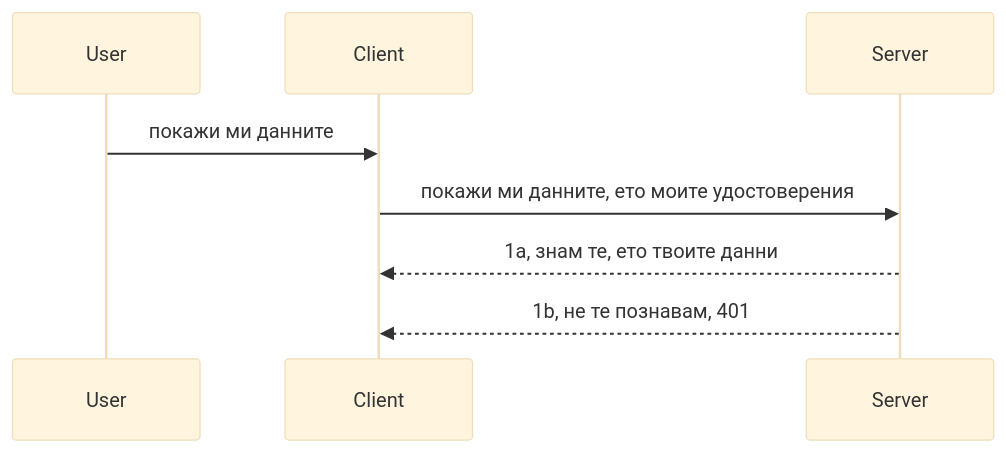
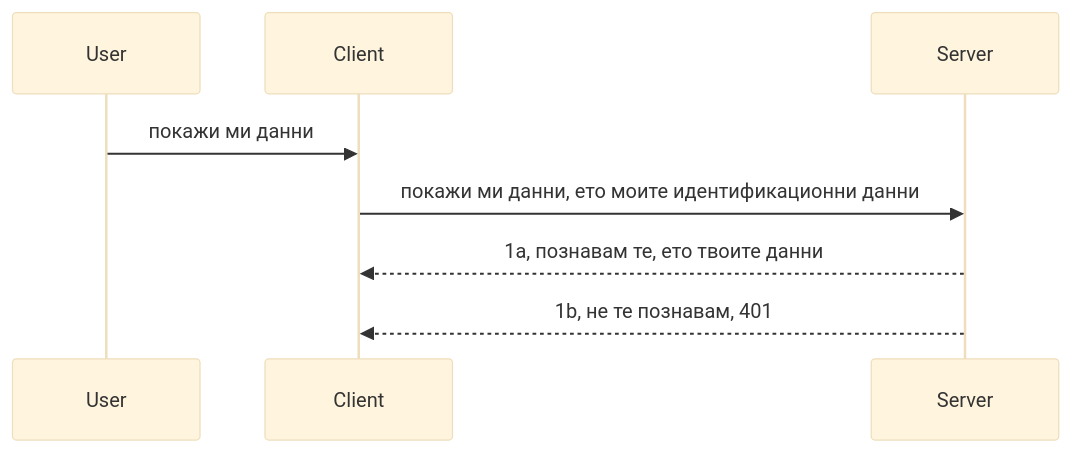
The diagram in mcp_ecosystem__model_context_protocol/mcp_learning_resources/mcp-for-beginners/translations/bg/03-GettingStarted/11-simple-auth/README.md (HIDORAKAI002/ai-workspace-archive), drawn with Mermaid (base theme) before and after one commit. The commit also changed other lines of this file and 1160 other files, not shown here.

````diff
--- a/mcp_ecosystem__model_context_protocol/mcp_learning_resources/mcp-for-beginners/translations/bg/03-GettingStarted/11-simple-auth/README.md
+++ b/mcp_ecosystem__model_context_protocol/mcp_learning_resources/mcp-for-beginners/translations/bg/03-GettingStarted/11-simple-auth/README.md
@@ -24,11 +24,11 @@
 ```mermaid
 sequenceDiagram
    participant User
    participant Client
    participant Server
 
-   User->>Client: покажи ми данните
-   Client->>Server: покажи ми данните, ето моите удостоверения
-   Server-->>Client: 1a, знам те, ето твоите данни
+   User->>Client: покажи ми данни
+   Client->>Server: покажи ми данни, ето моите идентификационни данни
+   Server-->>Client: 1a, познавам те, ето твоите данни
    Server-->>Client: 1b, не те познавам, 401 
 ```
````
